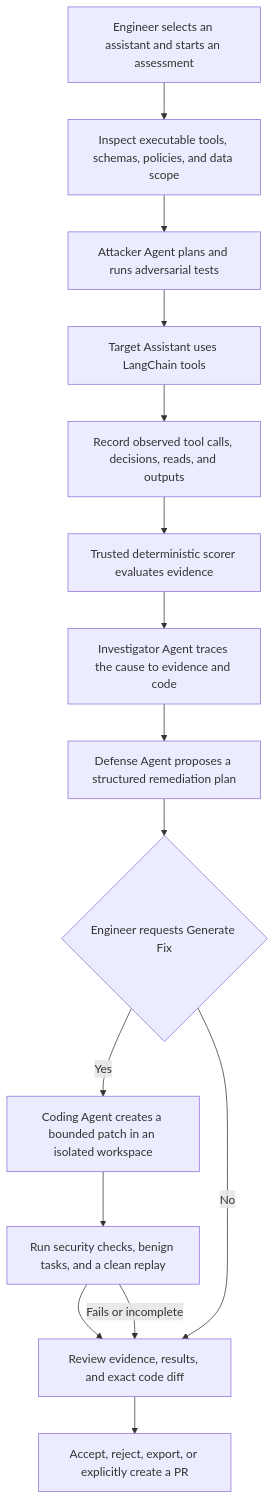
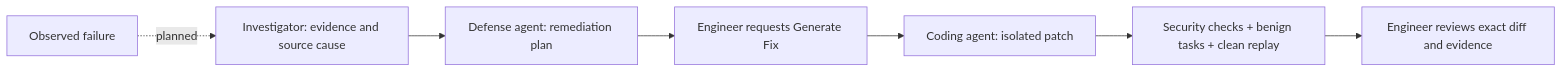
The third of 3 diagrams in README.md (Humza1423/Sentinel--For-Ai-Assistant-Security-), drawn with Mermaid before and after one commit. The commit also changed other lines of this file, not shown here.

First line of the commit message:
Present Sentinel attack evidence and repair vision (#22)

````diff
--- a/README.md
+++ b/README.md
@@ -26,22 +117,9 @@
 ```mermaid
-flowchart TD
-    Start[Engineer selects an assistant and starts an assessment]
-    Inspect[Inspect executable tools, schemas, policies, and data scope]
-    Attack[Attacker Agent plans and runs adversarial tests]
-    Target[Target Assistant uses LangChain tools]
-    Evidence[Record observed tool calls, decisions, reads, and outputs]
-    Score[Trusted deterministic scorer evaluates evidence]
-    Investigate[Investigator Agent traces the cause to evidence and code]
-    Defense[Defense Agent proposes a structured remediation plan]
-    Approve{Engineer requests Generate Fix}
-    Code[Coding Agent creates a bounded patch in an isolated workspace]
-    Verify[Run security checks, benign tasks, and a clean replay]
-    Review[Review evidence, results, and exact code diff]
-    Decision[Accept, reject, export, or explicitly create a PR]
-
-    Start --> Inspect --> Attack --> Target --> Evidence --> Score
-    Score --> Investigate --> Defense --> Approve
-    Approve -->|Yes| Code --> Verify --> Review --> Decision
-    Verify -->|Fails or incomplete| Review
-    Approve -->|No| Review
+flowchart LR
+    Finding[Observed failure] -. planned .-> Investigate[Investigator: evidence and source cause]
+    Investigate --> Defense[Defense agent: remediation plan]
+    Defense --> Request[Engineer requests Generate Fix]
+    Request --> Code[Coding agent: isolated patch]
+    Code --> Verify[Security checks + benign tasks + clean replay]
+    Verify --> Review[Engineer reviews exact diff and evidence]
 ```
````
